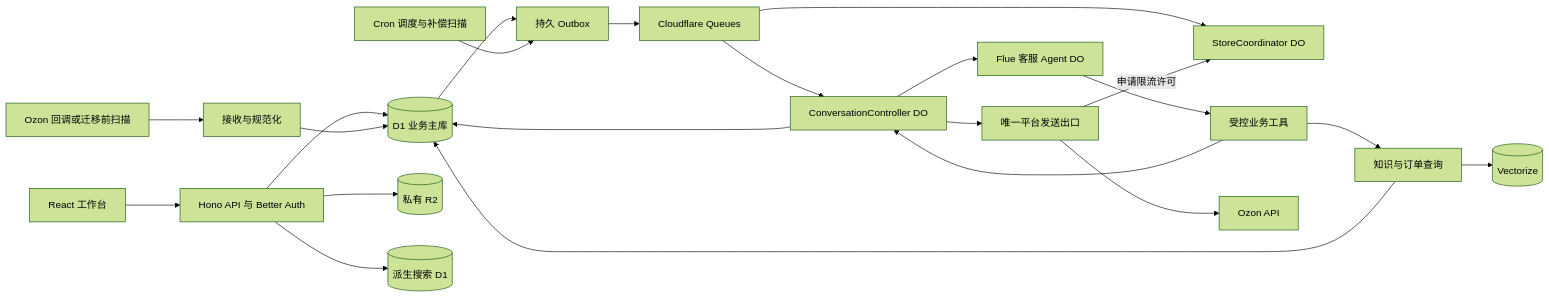
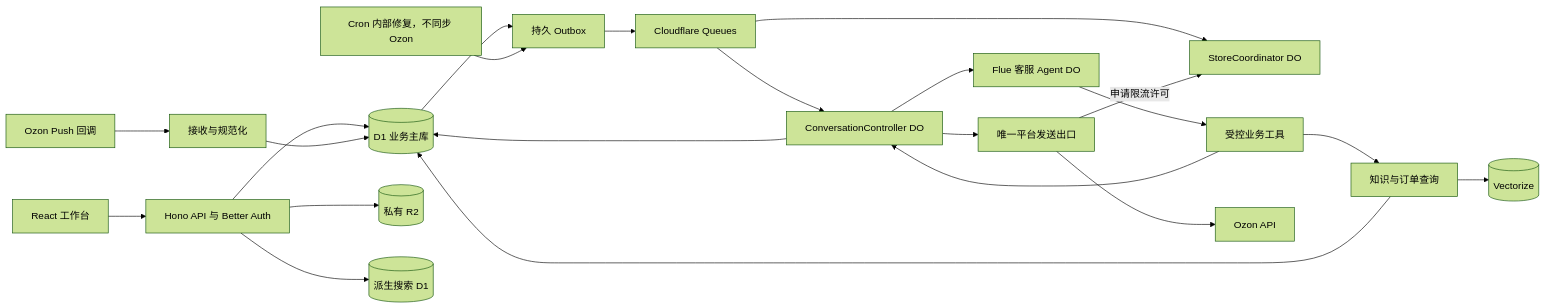
Before and after one commit to section9-lab/DingBell: the first of 4 diagrams in docs/02-architecture.md, drawn with Mermaid (forest theme). The commit also changed other lines of this file and 242 other files, not shown here.

```diff
--- a/docs/02-architecture.md
+++ b/docs/02-architecture.md
@@ -46,24 +46,24 @@
 ~~~mermaid
 flowchart LR
     UI[React 工作台] --> API[Hono API 与 Better Auth]
-    OZ[Ozon 回调或迁移前扫描] --> IN[接收与规范化]
+    OZ[Ozon Push 回调] --> IN[接收与规范化]
     API --> DB[(D1 业务主库)]
     IN --> DB
     DB --> OUT[持久 Outbox]
     OUT --> Q[Cloudflare Queues]
-    CRON[Cron 调度与补偿扫描] --> OUT
+    CRON[Cron 内部修复，不同步 Ozon] --> OUT
     Q --> CC[ConversationController DO]
     Q --> SC[StoreCoordinator DO]
     CC --> FLUE[Flue 客服 Agent DO]
     FLUE --> TOOLS[受控业务工具]
     TOOLS --> CC
     TOOLS --> DATA[知识与订单查询]
     CC --> SEND[唯一平台发送出口]
     SEND -->|申请限流许可| SC
     SEND --> OZAPI[Ozon API]
     CC --> DB
     API --> FILES[(私有 R2)]
     DATA --> DB
     DATA --> VECTOR[(Vectorize)]
     API --> SEARCH[(派生搜索 D1)]
 ~~~
```
